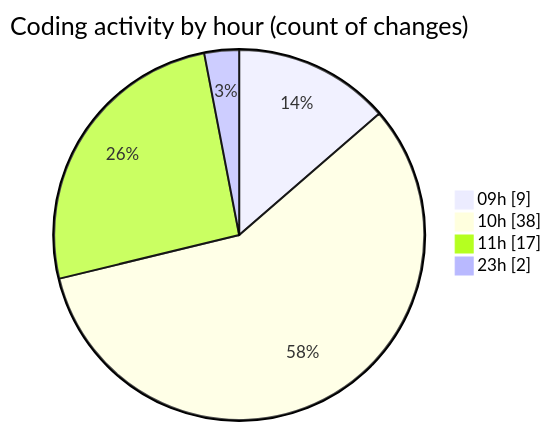
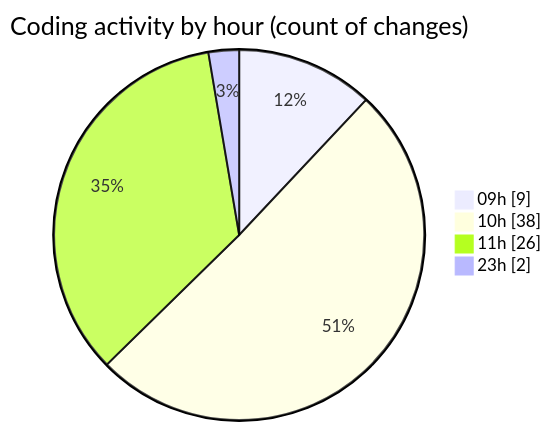
One commit to Elitesun/code-tracking changed the second of 2 diagrams in 2025-05-19/niten/README.md. Above: the diagram before and after it, drawn with Mermaid. The commit also changed other lines of this file and 1 other file, not shown here.

````diff
--- a/2025-05-19/niten/README.md
+++ b/2025-05-19/niten/README.md
@@ -50,8 +51,8 @@
 ```mermaid
 pie showData
 title Coding activity by hour (count of changes)
 "09h" : 9
 "10h" : 38
-"11h" : 17
+"11h" : 26
 "23h" : 2
 ```
````
